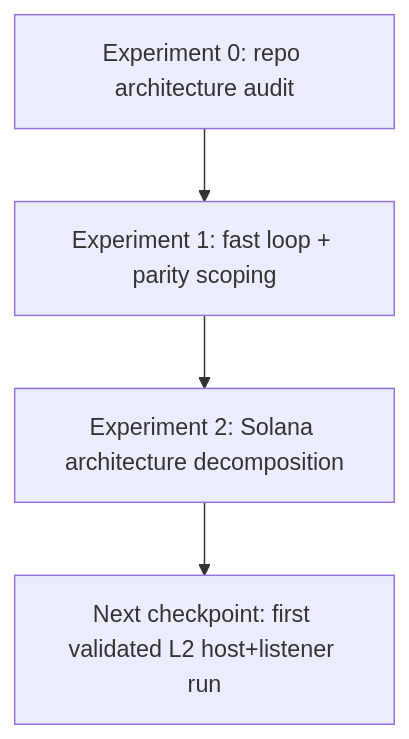
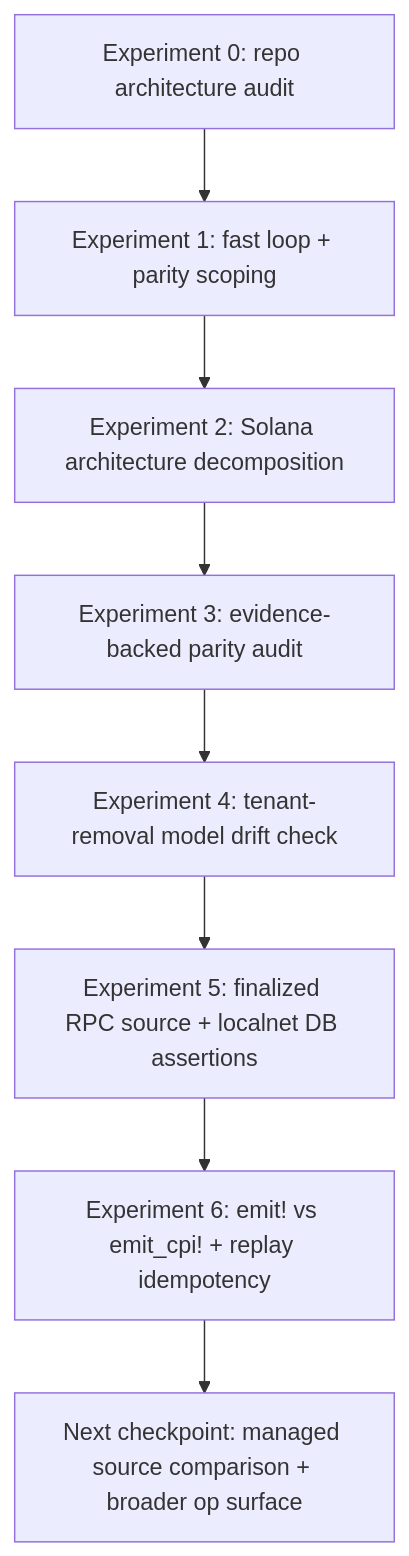
The diagram in docs/protocol/explorations/solana-host-listener/LEARNING.md (zama-ai/fhevm), drawn with Mermaid before and after one commit. The commit also changed other lines of this file and 29 other files, not shown here.

Commit message:
feat(solana): scaffold host listener PoC and feedback-loop tests

````diff
--- a/docs/protocol/explorations/solana-host-listener/LEARNING.md
+++ b/docs/protocol/explorations/solana-host-listener/LEARNING.md
@@ -15,6 +15,10 @@
 ```mermaid
 flowchart TD
   E0["Experiment 0: repo architecture audit"] --> E1["Experiment 1: fast loop + parity scoping"]
   E1 --> E2["Experiment 2: Solana architecture decomposition"]
-  E2 --> NX["Next checkpoint: first validated L2 host+listener run"]
+  E2 --> E3["Experiment 3: evidence-backed parity audit"]
+  E3 --> E4["Experiment 4: tenant-removal model drift check"]
+  E4 --> E5["Experiment 5: finalized RPC source + localnet DB assertions"]
+  E5 --> E6["Experiment 6: emit! vs emit_cpi! + replay idempotency"]
+  E6 --> NX["Next checkpoint: managed source comparison + broader op surface"]
 ```
````
